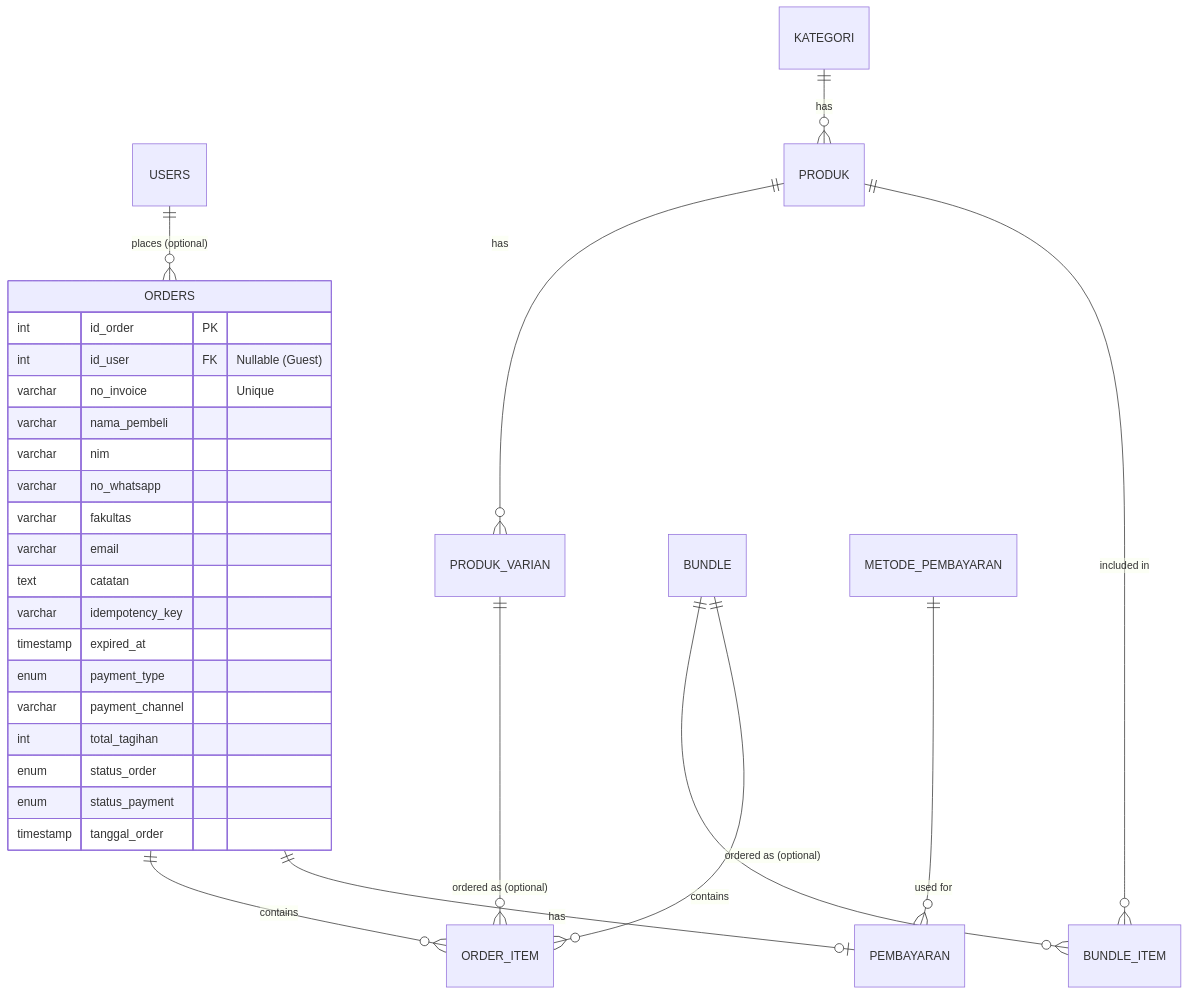
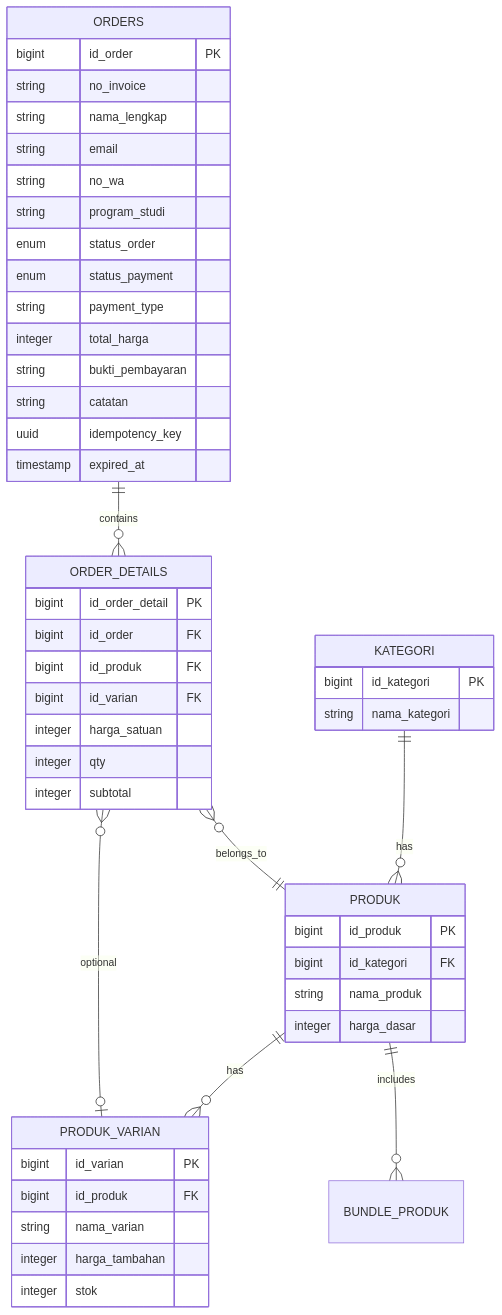
One commit to altafhermansyah/Ospekrite changed the diagram in docs/02-database.md. Above: the diagram before and after it, drawn with Mermaid. The commit also changed other lines of this file and 32 other files, not shown here.

Commit message:
feat: implement order checkout, payment lifecycle, mock payment services, and telegram notif with documentation

````diff
--- a/docs/02-database.md
+++ b/docs/02-database.md
@@ -8,33 +5,57 @@
 ```mermaid
 erDiagram
-    USERS ||--o{ ORDERS : "places (optional)"
     KATEGORI ||--o{ PRODUK : has
     PRODUK ||--o{ PRODUK_VARIAN : has
-    PRODUK ||--o{ BUNDLE_ITEM : "included in"
-    BUNDLE ||--o{ BUNDLE_ITEM : contains
-    ORDERS ||--o{ ORDER_ITEM : contains
-    ORDERS ||--o| PEMBAYARAN : has
-    METODE_PEMBAYARAN ||--o{ PEMBAYARAN : "used for"
-    PRODUK_VARIAN ||--o{ ORDER_ITEM : "ordered as (optional)"
-    BUNDLE ||--o{ ORDER_ITEM : "ordered as (optional)"
-
+    PRODUK ||--o{ BUNDLE_PRODUK : includes
+    
+    ORDERS ||--o{ ORDER_DETAILS : contains
+    ORDER_DETAILS }o--|| PRODUK : belongs_to
+    ORDER_DETAILS }o--o| PRODUK_VARIAN : optional
+    
+    KATEGORI {
+        bigint id_kategori PK
+        string nama_kategori
+    }
+    
+    PRODUK {
+        bigint id_produk PK
+        bigint id_kategori FK
+        string nama_produk
+        integer harga_dasar
+    }
+    
+    PRODUK_VARIAN {
+        bigint id_varian PK
+        bigint id_produk FK
+        string nama_varian
+        integer harga_tambahan
+        integer stok
+    }
+    
     ORDERS {
-        int id_order PK
-        int id_user FK "Nullable (Guest)"
-        varchar no_invoice "Unique"
-        varchar nama_pembeli
-        varchar nim
-        varchar no_whatsapp
-        varchar fakultas
-        varchar email
-        text catatan
-        varchar idempotency_key
-        timestamp expired_at
-        enum payment_type
-        varchar payment_channel
-        int total_tagihan
+        bigint id_order PK
+        string no_invoice
+        string nama_lengkap
+        string email
+        string no_wa
+        string program_studi
         enum status_order
         enum status_payment
-        timestamp tanggal_order
+        string payment_type
+        integer total_harga
+        string bukti_pembayaran
+        string catatan
+        uuid idempotency_key
+        timestamp expired_at
+    }
+    
+    ORDER_DETAILS {
+        bigint id_order_detail PK
+        bigint id_order FK
+        bigint id_produk FK
+        bigint id_varian FK
+        integer harga_satuan
+        integer qty
+        integer subtotal
     }
 ```
````
